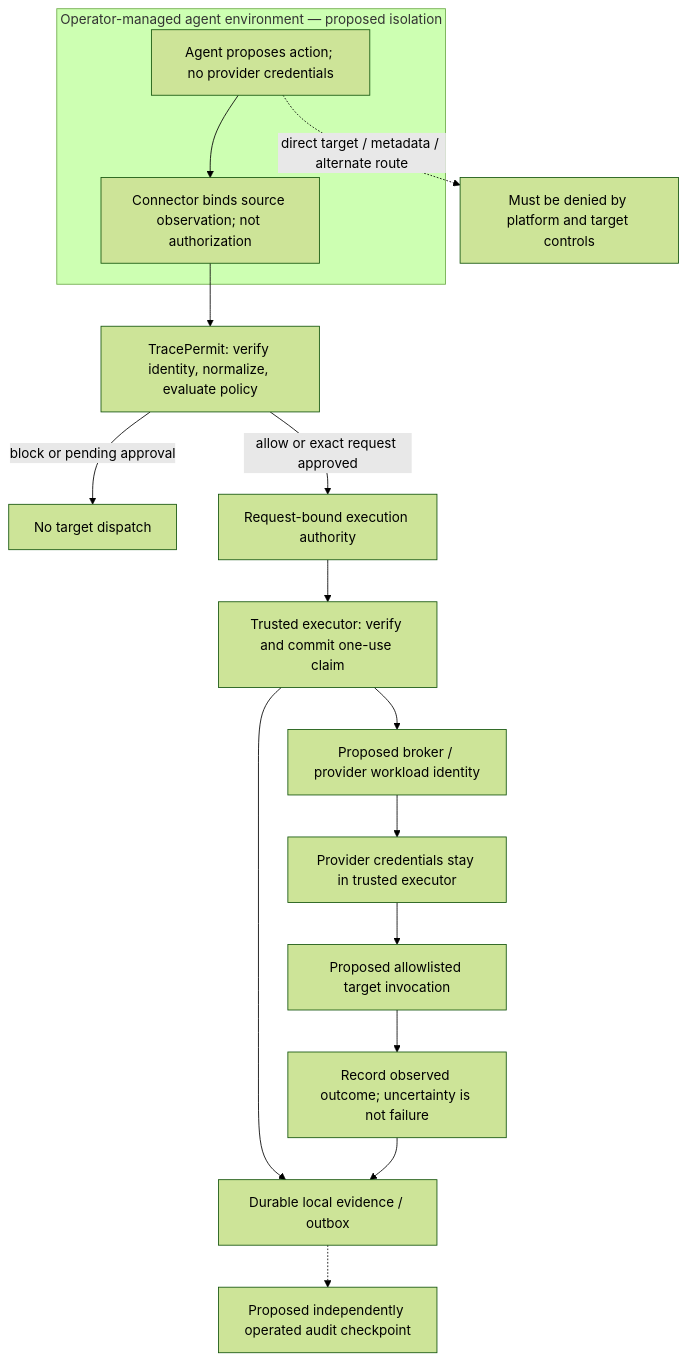
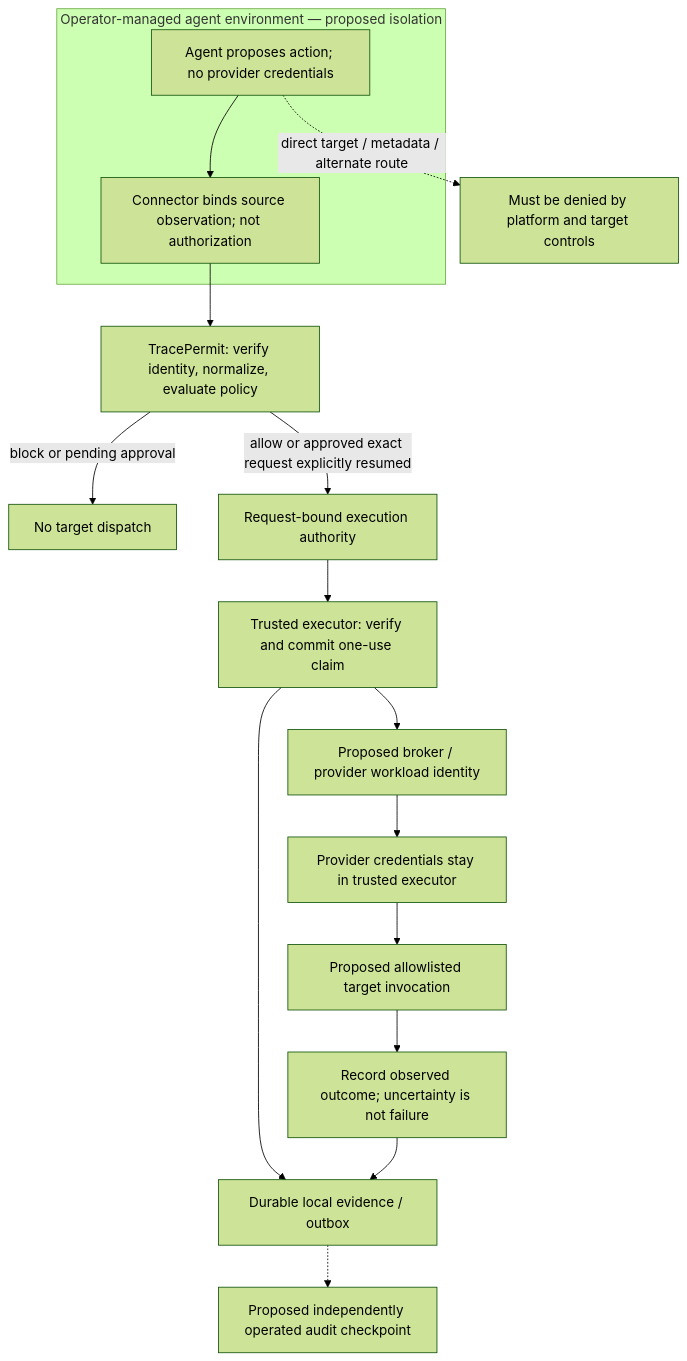
The diagram in docs/architecture/0056-enterprise-credentials-and-egress-boundary.md (hemantkgupta/tracepermit), drawn with Mermaid (forest theme) before and after one commit.

Commit message:
docs(architecture): distinguish approval from explicit resume

````diff
--- a/docs/architecture/0056-enterprise-credentials-and-egress-boundary.md
+++ b/docs/architecture/0056-enterprise-credentials-and-egress-boundary.md
@@ -117,20 +117,20 @@
 ```mermaid
 flowchart TD
   subgraph Agent["Operator-managed agent environment — proposed isolation"]
     A["Agent proposes action; no provider credentials"]
     C["Connector binds source observation; not authorization"]
     A --> C
   end
   C --> G["TracePermit: verify identity, normalize, evaluate policy"]
   G -->|"block or pending approval"| N["No target dispatch"]
-  G -->|"allow or exact request approved"| P["Request-bound execution authority"]
+  G -->|"allow or approved exact request explicitly resumed"| P["Request-bound execution authority"]
   P --> E["Trusted executor: verify and commit one-use claim"]
   E --> B["Proposed broker / provider workload identity"]
   B --> X["Provider credentials stay in trusted executor"]
   X --> T["Proposed allowlisted target invocation"]
   T --> O["Record observed outcome; uncertainty is not failure"]
   E --> L["Durable local evidence / outbox"]
   O --> L
   L -.-> R["Proposed independently operated audit checkpoint"]
   A -.->|"direct target / metadata / alternate route"| D["Must be denied by platform and target controls"]
 ```
````
